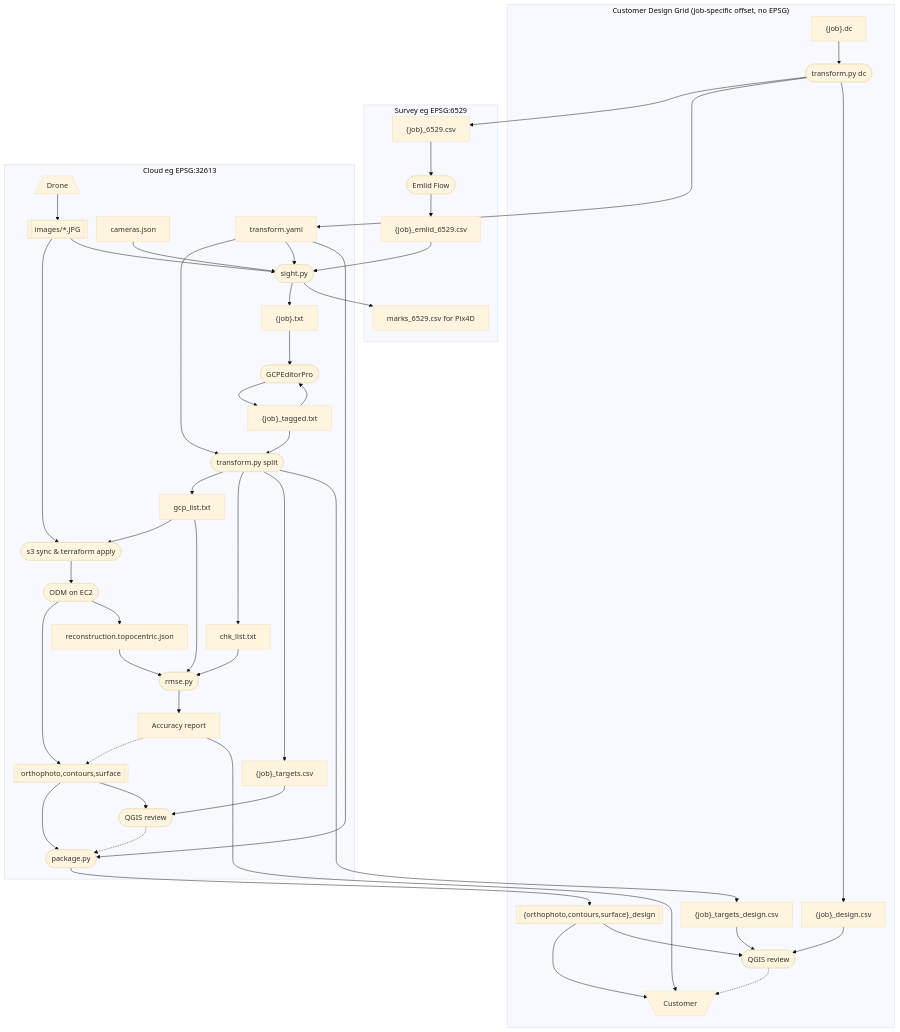
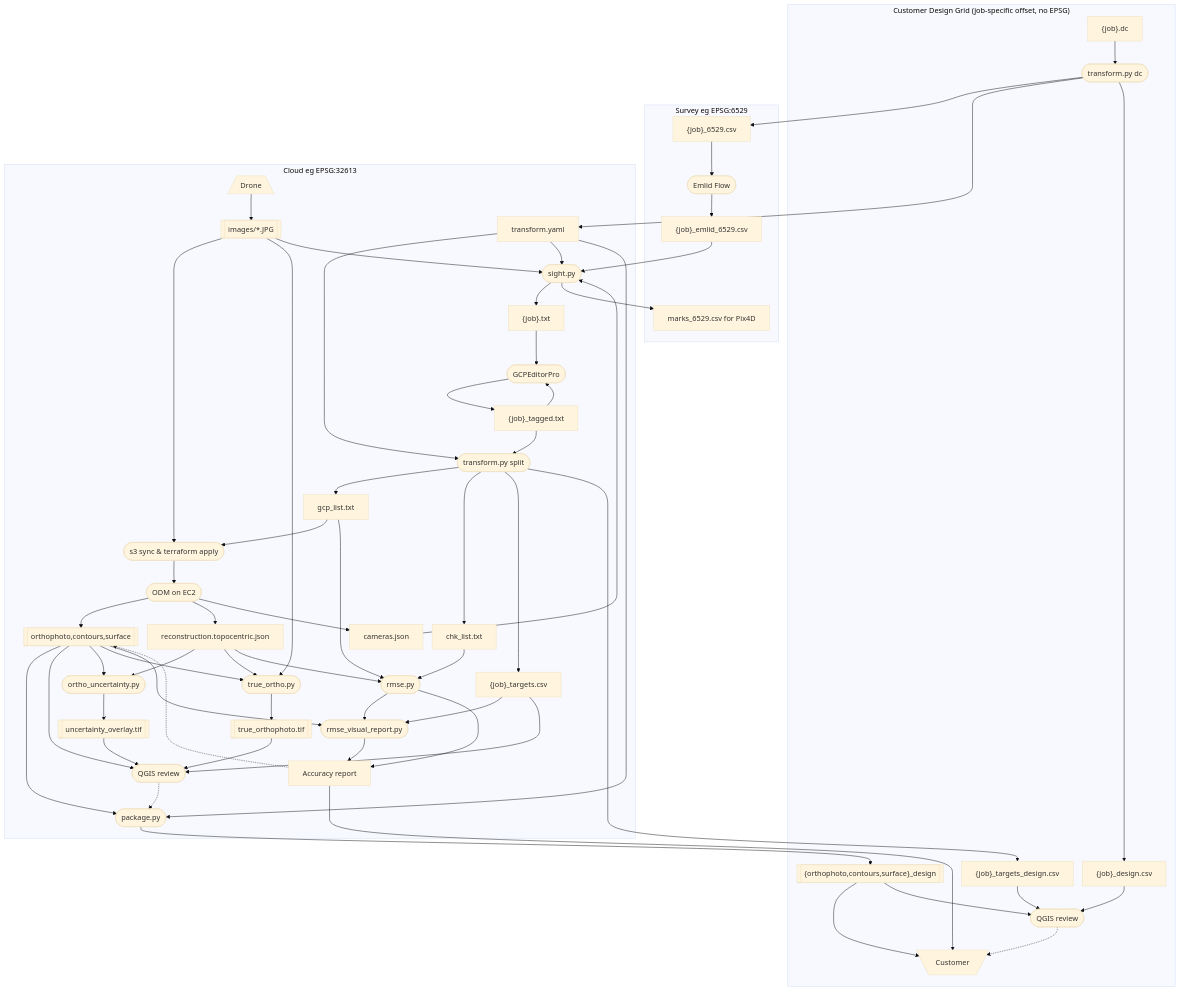
Before and after one commit to jrstear/geo: the diagram in docs/odm-workflow.md, drawn with Mermaid. The commit also changed 3 other files, not shown here.

First line of the commit message:
feat: move true_ortho.py to top level; auto-detect undistorted images; workflow graph update

```diff
--- a/docs/odm-workflow.md
+++ b/docs/odm-workflow.md
@@ -30,9 +30,14 @@
     s3(["s3 sync & terraform apply"])
     odm(["ODM on EC2"])
     rmse(["rmse.py"])
+    true_ortho(["true_ortho.py"])
+    uncertainty(["ortho_uncertainty.py"])
+    visual_report(["rmse_visual_report.py"])
     drone[/"Drone"\]
     images[["images/*.JPG"]]
     deliverables[["orthophoto,contours,surface"]]
+    true_ortho_tif[["true_orthophoto.tif"]]
+    uncertainty_tif[["uncertainty_overlay.tif"]]
     packager(["package.py"])
     delivered[["{orthophoto,contours,surface}_design"]]
     report["Accuracy report"]
@@ -76,6 +81,11 @@
         deliverables
         model
         rmse
+        true_ortho
+        true_ortho_tif
+        uncertainty
+        uncertainty_tif
+        visual_report
         report
         packager
         qgis_cloud
@@ -88,9 +98,9 @@
     points_6529 --> emlid
     drone --> images
     images --> s3
+    images --> true_ortho
     images --> sight
     emlid --> all --> sight
-    cameras --> sight
     sight --> targets
     sight --> marks
     targets --> gcpeditor
@@ -106,12 +116,27 @@
     gcp_list --> s3
     s3 --> odm --> deliverables
     odm --> model
+    odm --> cameras
+    cameras --> sight
     gcp_list --> rmse
     chk_list --> rmse
+    model --> uncertainty
+    model --> true_ortho
     model --> rmse
+    rmse --> visual_report
     rmse --> report
+    deliverables --> packager
+    deliverables --> qgis_cloud
+    deliverables --> uncertainty
+    deliverables --> true_ortho
+    deliverables --> visual_report
+    true_ortho --> true_ortho_tif
+    uncertainty --> uncertainty_tif
+    targets_csv --> visual_report
+    visual_report --> report
+    true_ortho_tif --> qgis_cloud
+    uncertainty_tif --> qgis_cloud
     transform_yaml --> packager
-    deliverables --> packager
     qgis_cloud -.-> packager
     packager --> delivered
     report -.-> deliverables
@@ -120,7 +145,6 @@
     delivered --> qgis_design
     points_design --> qgis_design
     targets_design --> qgis_design
-    deliverables --> qgis_cloud
     targets_csv --> qgis_cloud
     qgis_design -.-> customer
 
```
